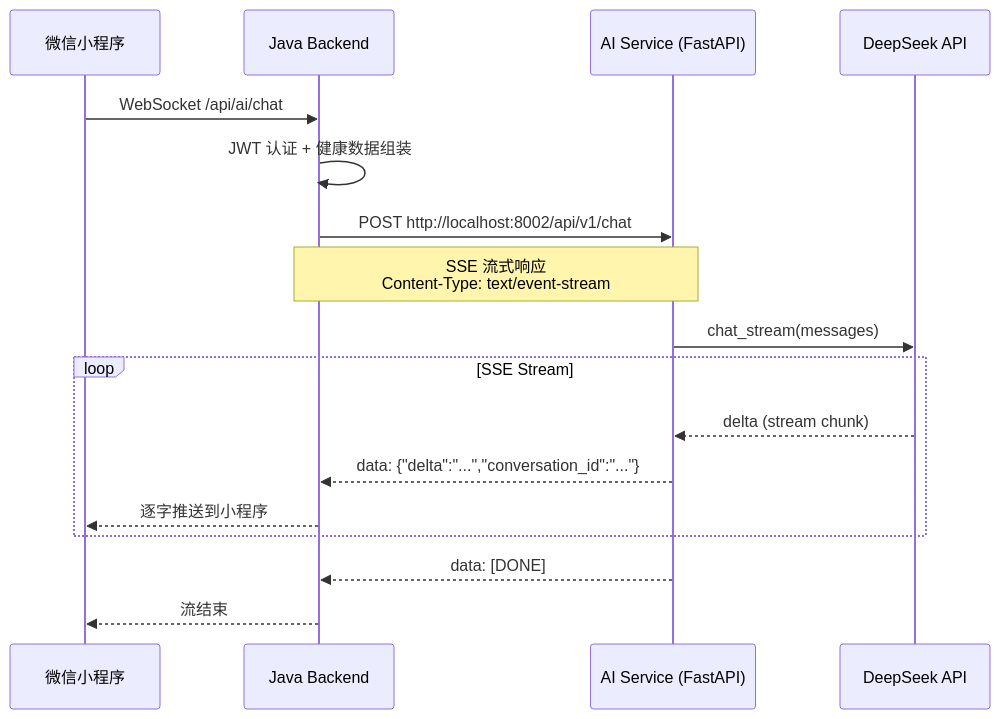
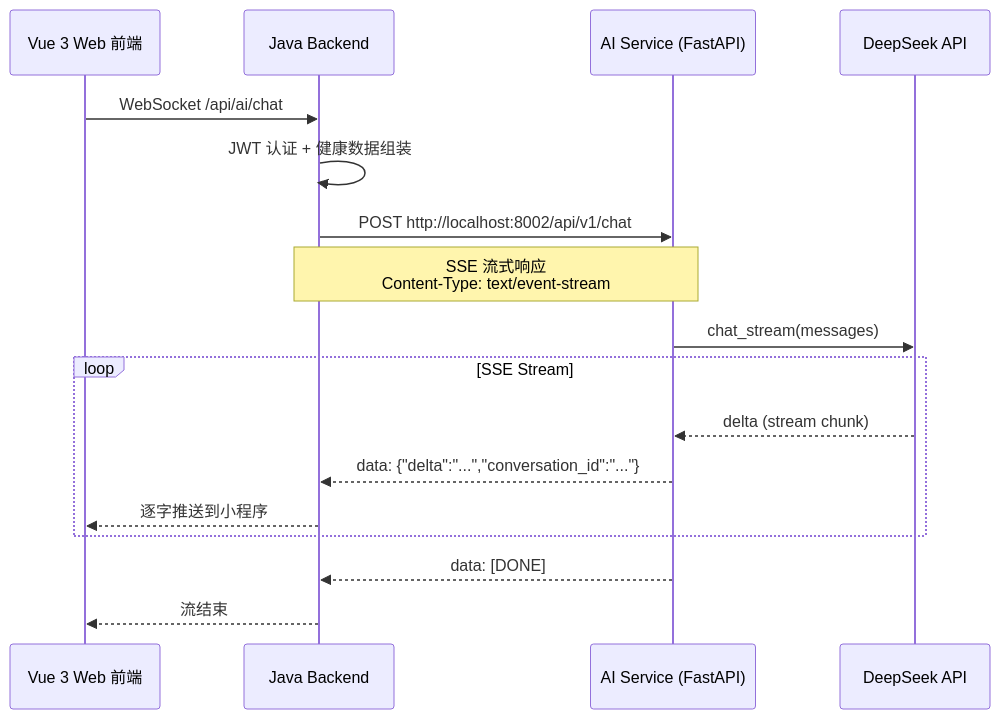
One commit to wsykt/NutriPro changed the seventh of 11 diagrams in AI模块架构设计文档.md. Above: the diagram before and after it, drawn with Mermaid. The commit also changed other lines of this file and 4 other files, not shown here.

````diff
--- a/AI模块架构设计文档.md
+++ b/AI模块架构设计文档.md
@@ -502,20 +502,20 @@
 ```mermaid
 sequenceDiagram
-    participant FE as 微信小程序
+    participant FE as Vue 3 Web 前端
     participant BE as Java Backend
     participant AI as AI Service (FastAPI)
     participant DS as DeepSeek API
 
     FE->>BE: WebSocket /api/ai/chat
     BE->>BE: JWT 认证 + 健康数据组装
     BE->>AI: POST http://localhost:8002/api/v1/chat
     Note over BE,AI: SSE 流式响应<br/>Content-Type: text/event-stream
     AI->>DS: chat_stream(messages)
     loop SSE Stream
         DS-->>AI: delta (stream chunk)
         AI-->>BE: data: {"delta":"...","conversation_id":"..."}
         BE-->>FE: 逐字推送到小程序
     end
     AI-->>BE: data: [DONE]
     BE-->>FE: 流结束
 ```
````
